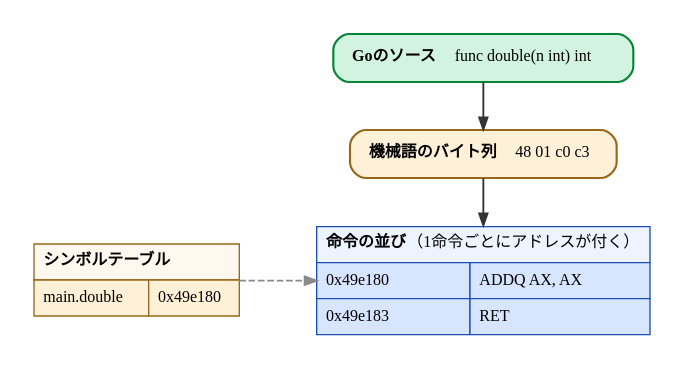
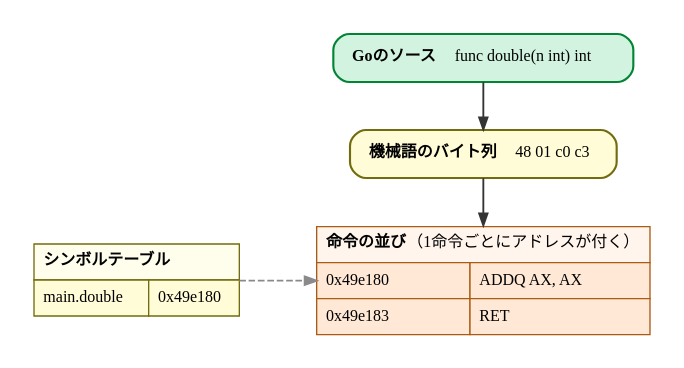
Before and after one commit to ymotongpoo/zenn.dev: the diagram in diagrams/go-ebpf-primer/20260820-source-to-machine.dot, drawn with Graphviz. The commit also changed 109 other files, not shown here.

First line of the commit message:
change(go-ebpf-primer): 図の主系列/ストレージ/補助カテゴリをPrimary/Secondary色に再調整

```diff
--- a/diagrams/go-ebpf-primer/20260820-source-to-machine.dot
+++ b/diagrams/go-ebpf-primer/20260820-source-to-machine.dot
@@ -1,47 +1,47 @@
 // ソースから機械語へ、そしてシンボル
 digraph source_to_machine {
   graph [
     rankdir=TB, splines=ortho,
     // symtab と insns は rank=same。既定の nodesep(0.25) だと
     // 2つの箱の間の破線矢印が矢じりだけの切れ端に見えるので広げる。
     nodesep=0.8,
     fontname="IBM Plex Sans JP", fontsize=13,
     bgcolor="white", pad=0.25
   ];
   node [
     fontname="IBM Plex Sans JP", fontsize=12,
     shape=box, style="rounded,filled",
     fillcolor="#F1F1F1", color="#4A4A4A", penwidth=1.6,
     margin="0.2,0.14"
   ];
   edge [
     fontname="IBM Plex Sans JP", fontsize=11,
     color="#343434", penwidth=1.4, arrowsize=0.9,
     fontcolor="#171717"
   ];
 
   src [label=<<b>Goのソース</b>　<font face="JetBrains Mono">func double(n int) int</font>>, fillcolor="#D2F3DF", color="#038435"];
-  bytes [label=<<b>機械語のバイト列</b>　<font face="JetBrains Mono">48 01 c0 c3</font>>, fillcolor="#FFF0D8", color="#996719"];
+  bytes [label=<<b>機械語のバイト列</b>　<font face="JetBrains Mono">48 01 c0 c3</font>>, fillcolor="#FFFCD7", color="#736B10"];
 
   insns [shape=plain, style="", label=<
-    <table border="0" cellborder="1" cellspacing="0" cellpadding="6" color="#1D4EB2">
-      <tr><td colspan="2" align="left" bgcolor="#EEF4FF"><b>命令の並び</b>（1命令ごとにアドレスが付く）</td></tr>
-      <tr><td port="head" align="left" bgcolor="#D8E5FF"><font face="JetBrains Mono">0x49e180</font></td>
-          <td align="left" bgcolor="#D8E5FF"><font face="JetBrains Mono">ADDQ AX, AX</font></td></tr>
-      <tr><td align="left" bgcolor="#D8E5FF"><font face="JetBrains Mono">0x49e183</font></td>
-          <td align="left" bgcolor="#D8E5FF"><font face="JetBrains Mono">RET</font></td></tr>
+    <table border="0" cellborder="1" cellspacing="0" cellpadding="6" color="#AB5A13">
+      <tr><td colspan="2" align="left" bgcolor="#FFF5ED"><b>命令の並び</b>（1命令ごとにアドレスが付く）</td></tr>
+      <tr><td port="head" align="left" bgcolor="#FFE9D6"><font face="JetBrains Mono">0x49e180</font></td>
+          <td align="left" bgcolor="#FFE9D6"><font face="JetBrains Mono">ADDQ AX, AX</font></td></tr>
+      <tr><td align="left" bgcolor="#FFE9D6"><font face="JetBrains Mono">0x49e183</font></td>
+          <td align="left" bgcolor="#FFE9D6"><font face="JetBrains Mono">RET</font></td></tr>
     </table>>];
 
   symtab [shape=plain, style="", label=<
-    <table border="0" cellborder="1" cellspacing="0" cellpadding="6" color="#996719">
-      <tr><td colspan="2" align="left" bgcolor="#FFF8EE"><b>シンボルテーブル</b></td></tr>
-      <tr><td align="left" bgcolor="#FFF0D8"><font face="JetBrains Mono">main.double</font></td>
-          <td port="addr" align="left" bgcolor="#FFF0D8"><font face="JetBrains Mono">0x49e180</font></td></tr>
+    <table border="0" cellborder="1" cellspacing="0" cellpadding="6" color="#736B10">
+      <tr><td colspan="2" align="left" bgcolor="#FFFEED"><b>シンボルテーブル</b></td></tr>
+      <tr><td align="left" bgcolor="#FFFCD7"><font face="JetBrains Mono">main.double</font></td>
+          <td port="addr" align="left" bgcolor="#FFFCD7"><font face="JetBrains Mono">0x49e180</font></td></tr>
     </table>>];
 
   src -> bytes;
   bytes -> insns;
   symtab:addr:e -> insns:head:w [style=dashed, color="#8A8A8A"];
 
   { rank=same; symtab; insns; }
 }
```
